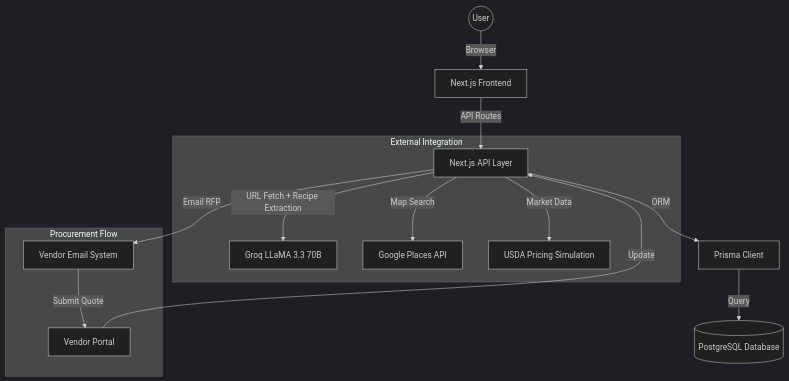
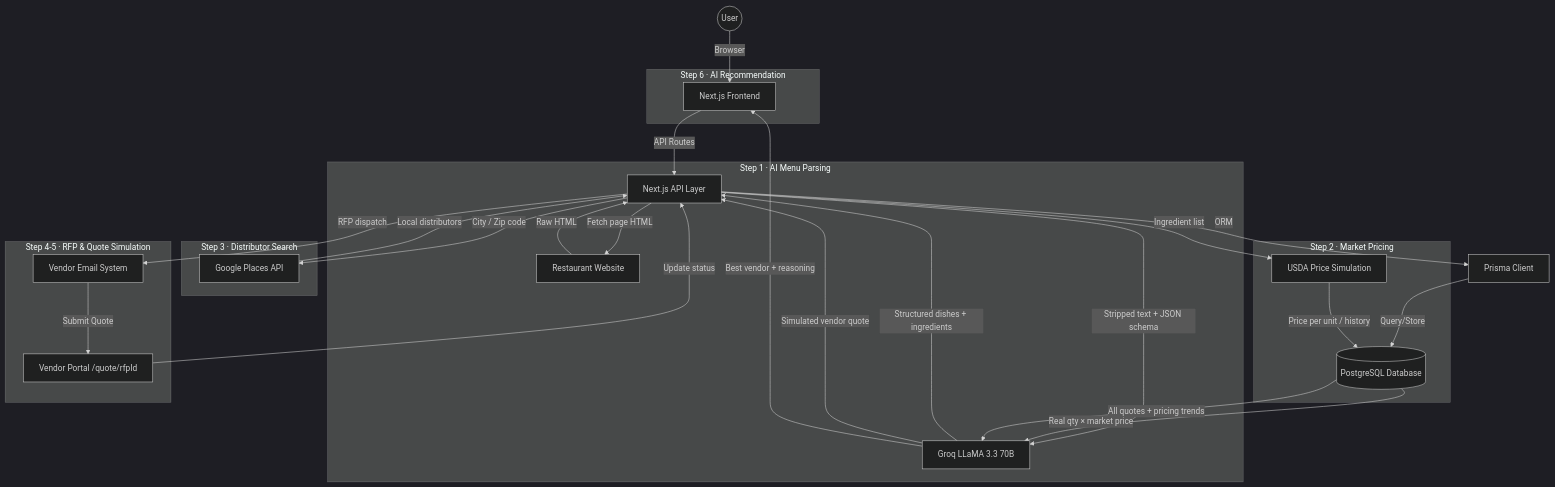
Before and after one commit to Utsavd7/AutoRFP-Automated-Ingredient-Procurement-System: the first of 2 diagrams in README.md, drawn with Mermaid (dark theme).

Commit message:
docs: update architecture diagram with full 6-step pipeline and real data flows

````diff
--- a/README.md
+++ b/README.md
@@ -24,19 +24,37 @@
 ```mermaid
 graph TD
     User((User)) -->|Browser| Frontend[Next.js Frontend]
     Frontend -->|API Routes| Backend[Next.js API Layer]
     Backend -->|ORM| Prisma[Prisma Client]
-    Prisma -->|Query| DB[(PostgreSQL Database)]
-    
-    subgraph "External Integration"
-        Backend -->|URL Fetch + Recipe Extraction| Groq[Groq LLaMA 3.3 70B]
-        Backend -->|Map Search| GooglePlaces[Google Places API]
-        Backend -->|Market Data| USDASim[USDA Pricing Simulation]
+    Prisma -->|Query/Store| DB[(PostgreSQL Database)]
+
+    subgraph "Step 1 · AI Menu Parsing"
+        Backend -->|Fetch page HTML| ExternalSite[Restaurant Website]
+        ExternalSite -->|Raw HTML| Backend
+        Backend -->|Stripped text + JSON schema| Groq[Groq LLaMA 3.3 70B]
+        Groq -->|Structured dishes + ingredients| Backend
     end
-    
-    subgraph "Procurement Flow"
-        Backend -->|Email RFP| Vendors[Vendor Email System]
-        Vendors -->|Submit Quote| QuotePortal[Vendor Portal]
-        QuotePortal -->|Update| Backend
+
+    subgraph "Step 2 · Market Pricing"
+        Backend -->|Ingredient list| USDASim[USDA Price Simulation]
+        USDASim -->|Price per unit / history| DB
+    end
+
+    subgraph "Step 3 · Distributor Search"
+        Backend -->|City / Zip code| GooglePlaces[Google Places API]
+        GooglePlaces -->|Local distributors| Backend
+    end
+
+    subgraph "Step 4-5 · RFP & Quote Simulation"
+        Backend -->|RFP dispatch| Vendors[Vendor Email System]
+        Vendors -->|Submit Quote| QuotePortal[Vendor Portal /quote/rfpId]
+        QuotePortal -->|Update status| Backend
+        DB -->|Real qty × market price| Groq
+        Groq -->|Simulated vendor quote| Backend
+    end
+
+    subgraph "Step 6 · AI Recommendation"
+        DB -->|All quotes + pricing trends| Groq
+        Groq -->|Best vendor + reasoning| Frontend
     end
 ```
````
